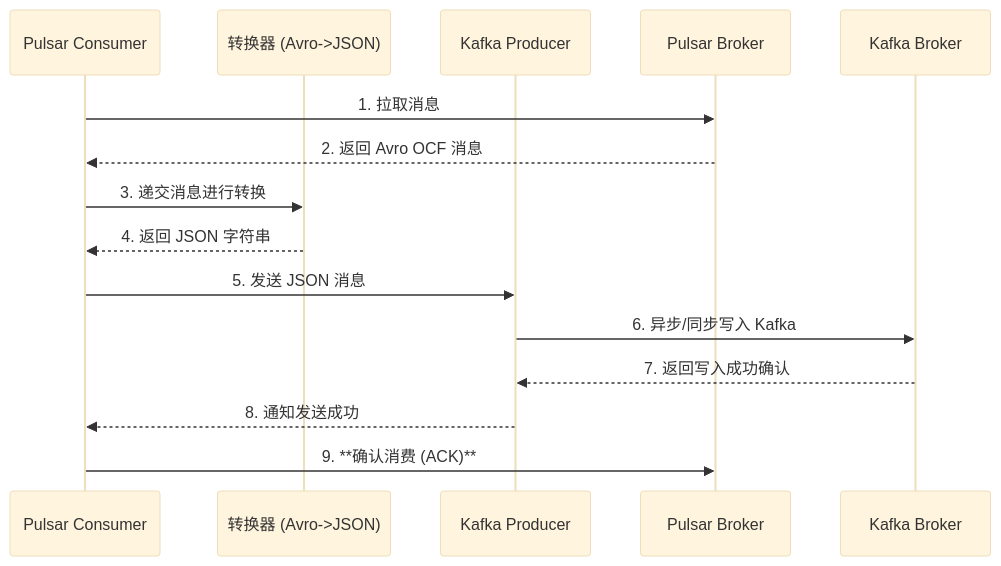
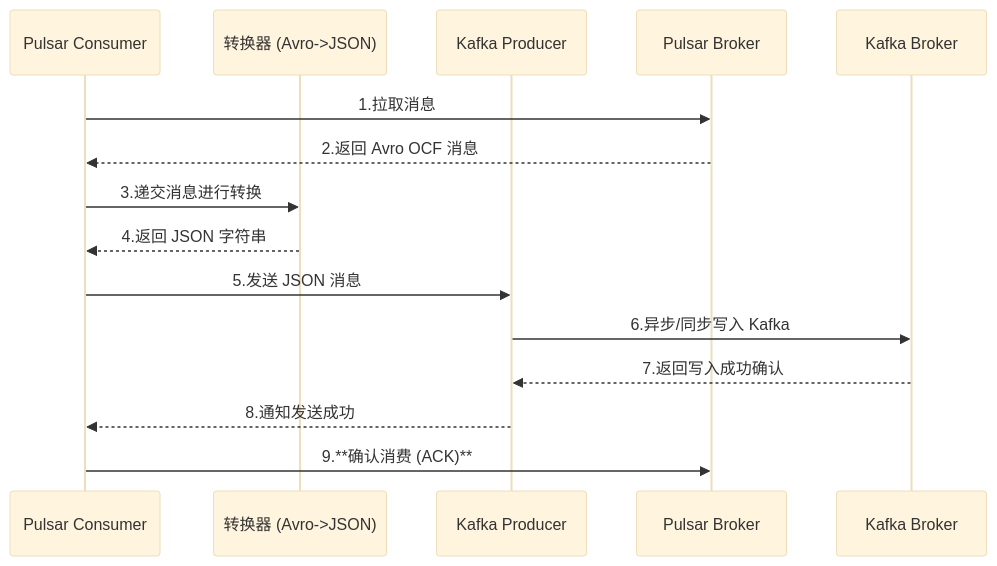
Before and after one commit to turtacn/staravail: the second of 2 diagrams in docs/pulsar-kafka-bridge.md, drawn with Mermaid (base theme). The commit also changed other lines of this file, not shown here.

Commit message:
init c4 v0.1.1 main-frame code structure

````diff
--- a/docs/pulsar-kafka-bridge.md
+++ b/docs/pulsar-kafka-bridge.md
@@ -104,19 +104,19 @@
 ```mermaid
 sequenceDiagram
     participant PC as Pulsar Consumer
     participant T as 转换器 (Avro->JSON)
     participant KP as Kafka Producer
     participant P as Pulsar Broker
     participant K as Kafka Broker
 
-    PC ->> P: 1. 拉取消息
-    P -->> PC: 2. 返回 Avro OCF 消息
-    PC ->> T: 3. 递交消息进行转换
-    T -->> PC: 4. 返回 JSON 字符串
-    PC ->> KP: 5. 发送 JSON 消息
-    KP ->> K: 6. 异步/同步写入 Kafka
-    K -->> KP: 7. 返回写入成功确认
-    KP -->> PC: 8. 通知发送成功
-    PC ->> P: 9. **确认消费 (ACK)**
+    PC ->> P: 1.拉取消息
+    P -->> PC: 2.返回 Avro OCF 消息
+    PC ->> T: 3.递交消息进行转换
+    T -->> PC: 4.返回 JSON 字符串
+    PC ->> KP: 5.发送 JSON 消息
+    KP ->> K: 6.异步/同步写入 Kafka
+    K -->> KP: 7.返回写入成功确认
+    KP -->> PC: 8.通知发送成功
+    PC ->> P: 9.**确认消费 (ACK)**
 
 ```
````
